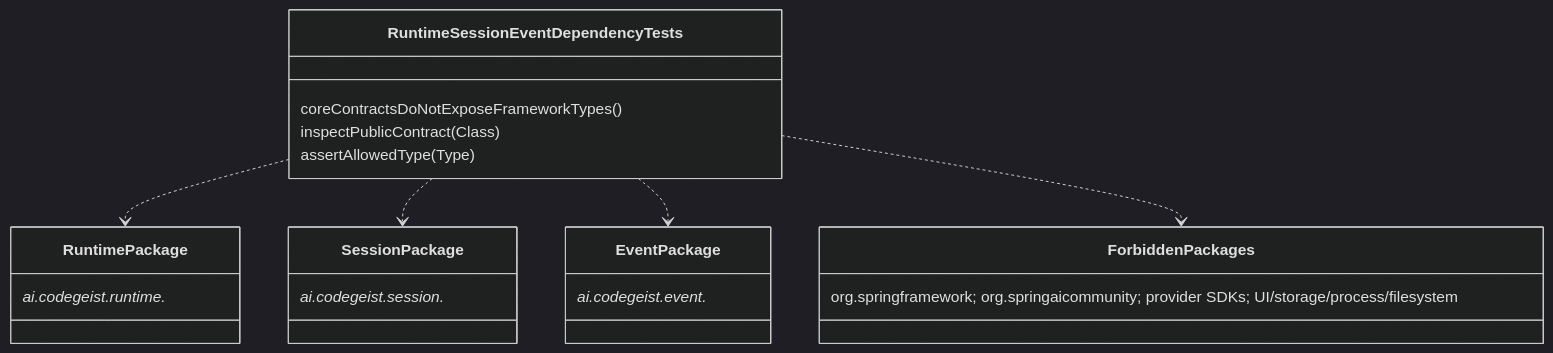
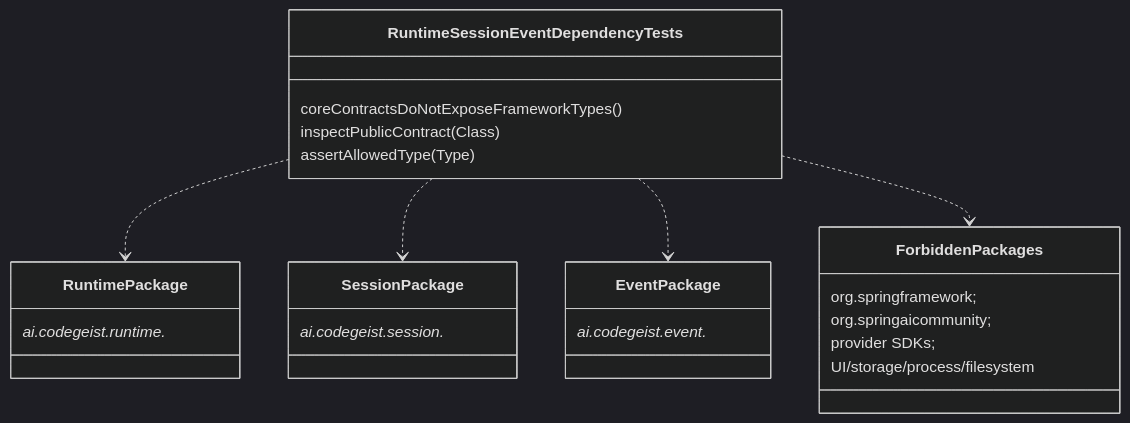
One commit to codegeist-ai/codegeist changed the diagram in docs/developer/implementation/runtime-session-event-dependency-boundaries-implementation.md. Above: the diagram before and after it, drawn with Mermaid (dark theme). The commit also changed 17 other files, not shown here.

First line of the commit message:
docs(diagrams): format Mermaid class bodies

````diff
--- a/docs/developer/implementation/runtime-session-event-dependency-boundaries-implementation.md
+++ b/docs/developer/implementation/runtime-session-event-dependency-boundaries-implementation.md
@@ -32,17 +32,28 @@
 ```mermaid
 classDiagram
     class RuntimeSessionEventDependencyTests {
       coreContractsDoNotExposeFrameworkTypes()
       inspectPublicContract(Class)
       assertAllowedType(Type)
     }
-    class RuntimePackage { ai.codegeist.runtime.* }
-    class SessionPackage { ai.codegeist.session.* }
-    class EventPackage { ai.codegeist.event.* }
-    class ForbiddenPackages { org.springframework; org.springaicommunity; provider SDKs; UI/storage/process/filesystem }
+    class RuntimePackage {
+      ai.codegeist.runtime.*
+    }
+    class SessionPackage {
+      ai.codegeist.session.*
+    }
+    class EventPackage {
+      ai.codegeist.event.*
+    }
+    class ForbiddenPackages {
+      org.springframework;
+      org.springaicommunity;
+      provider SDKs;
+      UI/storage/process/filesystem
+    }
 
     RuntimeSessionEventDependencyTests ..> RuntimePackage
     RuntimeSessionEventDependencyTests ..> SessionPackage
     RuntimeSessionEventDependencyTests ..> EventPackage
     RuntimeSessionEventDependencyTests ..> ForbiddenPackages
 ```
````
